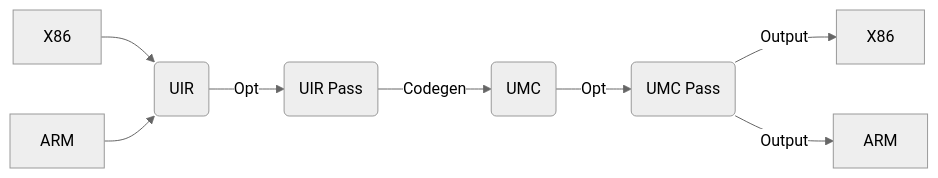
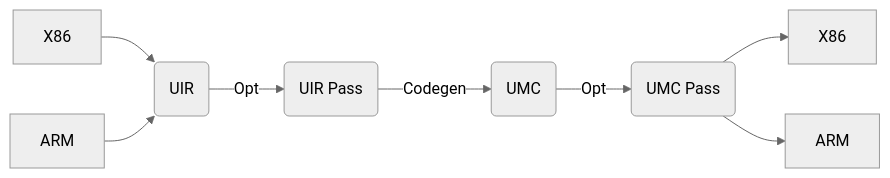
The diagram in README.md (NewWorldComingSoon/UnknownRebuilder), drawn with Mermaid (neutral theme) before and after one commit.

````diff
--- a/README.md
+++ b/README.md
@@ -8,10 +8,10 @@
 ```mermaid
 flowchart LR
 A1[X86] -->| | B(UIR)
 A2[ARM] -->| | B(UIR)
 B -->|Opt| C(UIR Pass)
 C -->|Codegen| D(UMC)
 D -->|Opt| E(UMC Pass)
-E -->|Output| F1[X86]
-E -->|Output| F2[ARM]
+E -->| | F1[X86]
+E -->| | F2[ARM]
 ```
````
